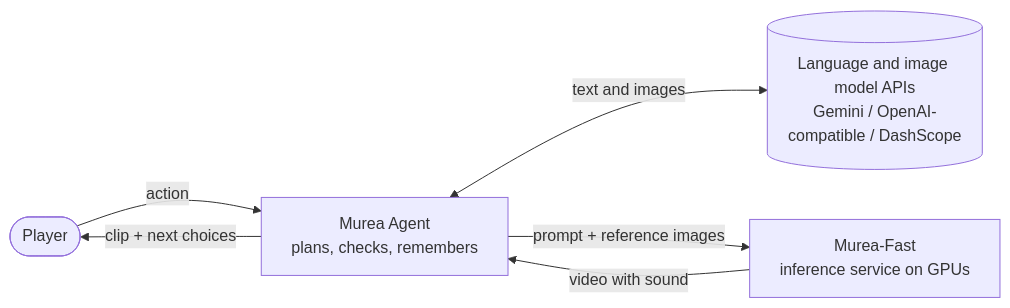
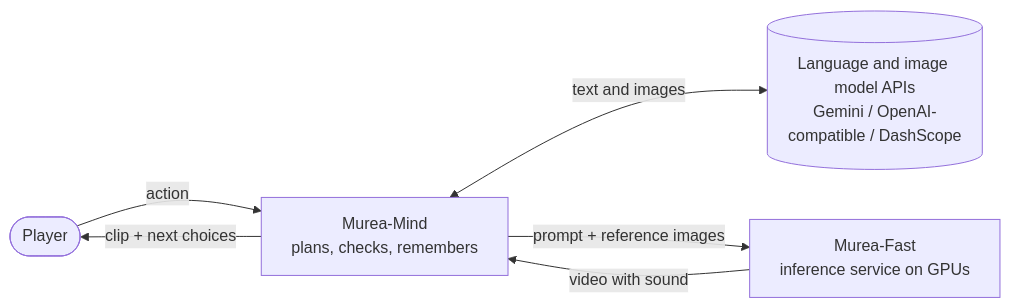
Before and after one commit to Murea-Labs/InWorld: the diagram in README.md, drawn with Mermaid. The commit also changed other lines of this file and 46 other files, not shown here.

Commit message:
refactor: rename Murea Agent to Murea-Mind

````diff
--- a/README.md
+++ b/README.md
@@ -116,8 +116,8 @@
 ```mermaid
 flowchart LR
-    P([Player]) -->|action| A[Murea Agent<br/>plans, checks, remembers]
+    P([Player]) -->|action| A[Murea-Mind<br/>plans, checks, remembers]
     A <-->|text and images| L[(Language and image model APIs<br/>Gemini / OpenAI-compatible / DashScope)]
     A -->|prompt + reference images| F[Murea-Fast<br/>inference service on GPUs]
     F -->|video with sound| A
     A -->|clip + next choices| P
 ```
````
